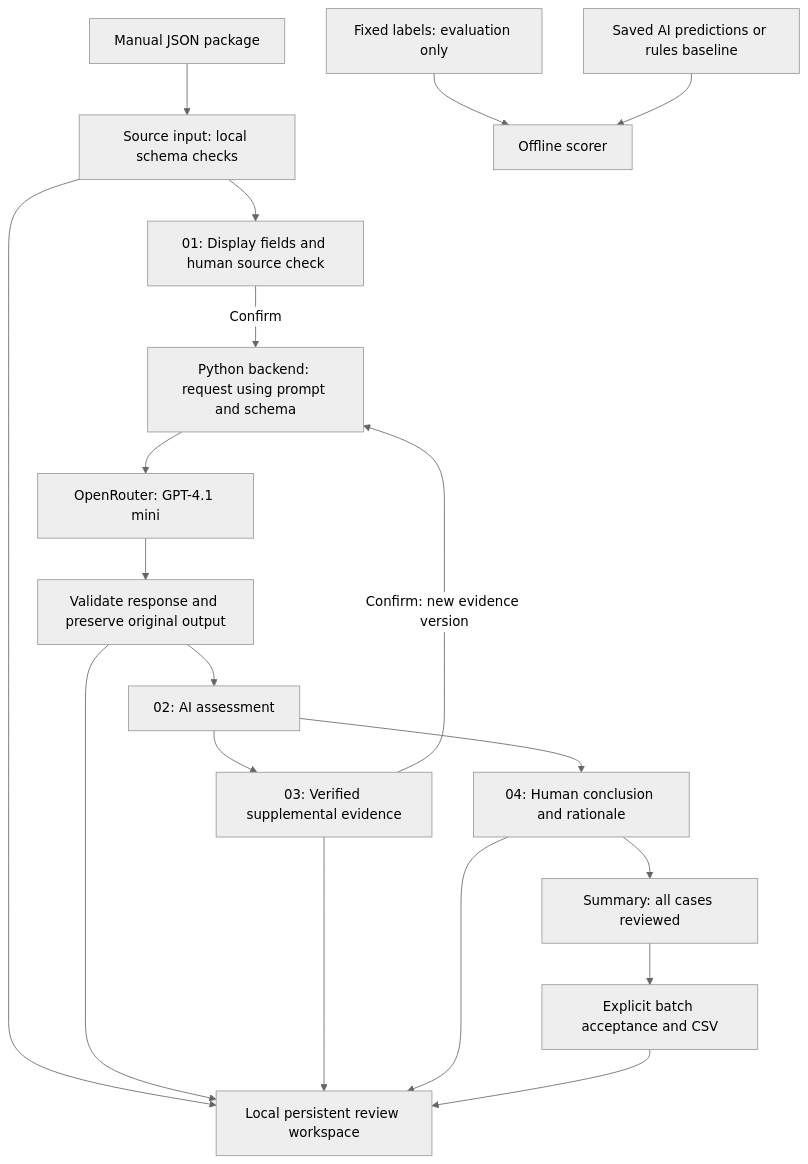
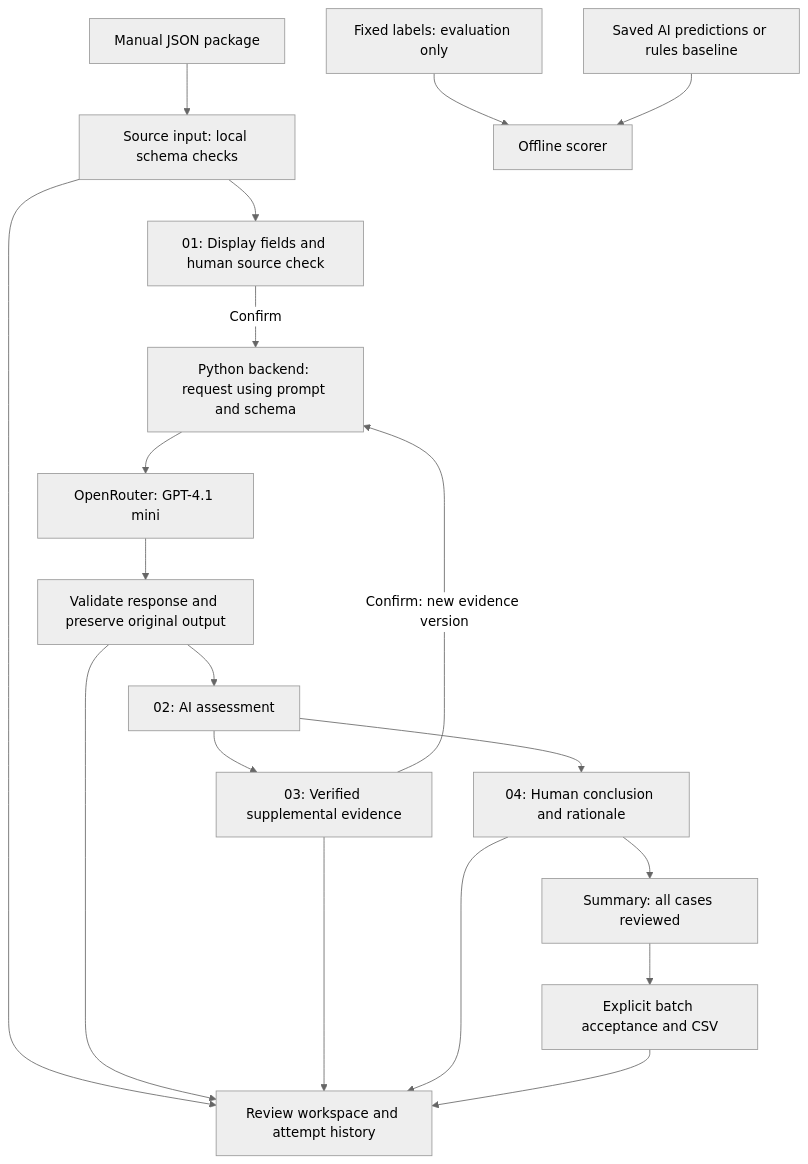
Before and after one commit to yanqiheng-code/pe6201_receivables-cutoff-review: the diagram in docs/PRODUCT.md, drawn with Mermaid (neutral theme). The commit also changed other lines of this file and 2 other files, not shown here.

````diff
--- a/docs/PRODUCT.md
+++ b/docs/PRODUCT.md
@@ -17,21 +17,21 @@
 ```mermaid
 flowchart TD
     A[Manual JSON package] --> B[Source input: local schema checks]
     B --> C[01: Display fields and human source check]
     C -->|Confirm| D[Python backend: request using prompt and schema]
     D --> E[OpenRouter: GPT-4.1 mini]
     E --> F[Validate response and preserve original output]
     F --> G[02: AI assessment]
     G --> H[03: Verified supplemental evidence]
     H -->|Confirm: new evidence version| D
     G --> I[04: Human conclusion and rationale]
     I --> J[Summary: all cases reviewed]
     J --> K[Explicit batch acceptance and CSV]
-    B --> L[Local persistent review workspace]
+    B --> L[Review workspace and attempt history]
     F --> L
     H --> L
     I --> L
     K --> L
     M[Fixed labels: evaluation only] --> N[Offline scorer]
     O[Saved AI predictions or rules baseline] --> N
 ```
````
